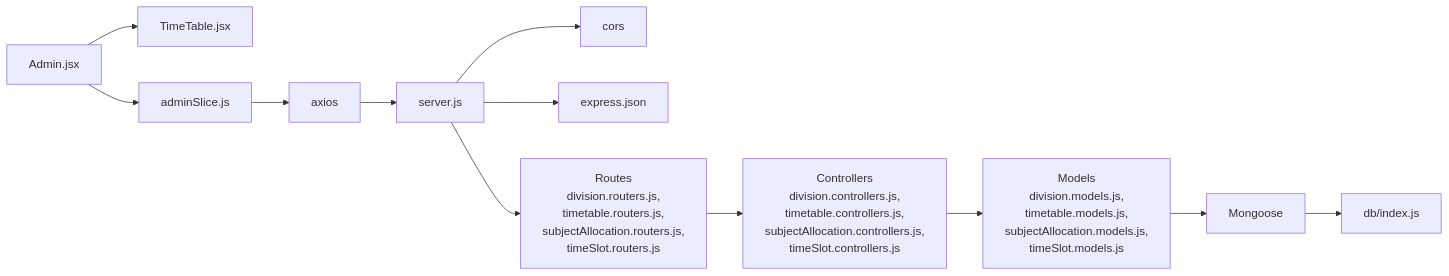
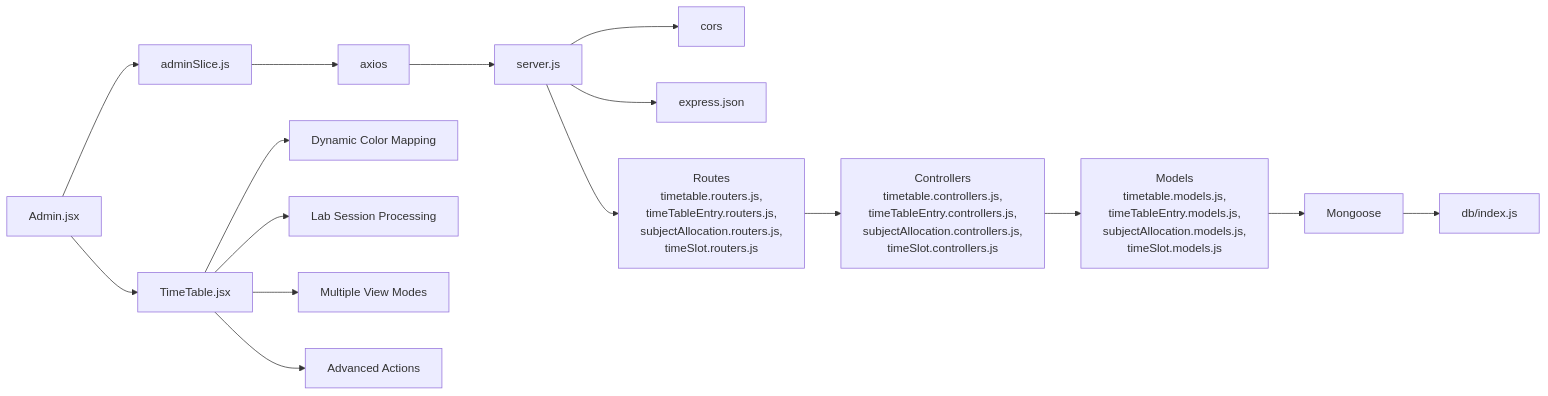
One commit to Aryan9060/Timetable-Project changed the tenth of 10 diagrams in .qoder/repowiki/en/content/Timetable Generation System/Timetable Generation System.md. Above: the diagram before and after it, drawn with Mermaid. The commit also changed other lines of this file and 7 other files, not shown here.

First line of the commit message:
feat(timetable): enhance data integration with real-time sync and caching

````diff
--- a/.qoder/repowiki/en/content/Timetable Generation System/Timetable Generation System.md
+++ b/.qoder/repowiki/en/content/Timetable Generation System/Timetable Generation System.md
@@ -559,14 +603,18 @@
 ```mermaid
 graph LR
 SRV["server.js"] --> CORS["cors"]
 SRV --> JSON["express.json"]
-SRV --> ROUTES["Routes<br/>division.routers.js,<br/>timetable.routers.js,<br/>subjectAllocation.routers.js,<br/>timeSlot.routers.js"]
-ROUTES --> CTRL["Controllers<br/>division.controllers.js,<br/>timetable.controllers.js,<br/>subjectAllocation.controllers.js,<br/>timeSlot.controllers.js"]
-CTRL --> MODELS["Models<br/>division.models.js,<br/>timetable.models.js,<br/>subjectAllocation.models.js,<br/>timeSlot.models.js"]
+SRV --> ROUTES["Routes<br/>timetable.routers.js,<br/>timeTableEntry.routers.js,<br/>subjectAllocation.routers.js,<br/>timeSlot.routers.js"]
+ROUTES --> CTRL["Controllers<br/>timetable.controllers.js,<br/>timeTableEntry.controllers.js,<br/>subjectAllocation.controllers.js,<br/>timeSlot.controllers.js"]
+CTRL --> MODELS["Models<br/>timetable.models.js,<br/>timeTableEntry.models.js,<br/>subjectAllocation.models.js,<br/>timeSlot.models.js"]
 MODELS --> MONGO["Mongoose"]
 MONGO --> DBIDX["db/index.js"]
 ADMIN["Admin.jsx"] --> TT["TimeTable.jsx"]
 ADMIN --> SLICE["adminSlice.js"]
 SLICE --> AX["axios"]
 AX --> SRV
+TT --> COLORS["Dynamic Color Mapping"]
+TT --> LABPROC["Lab Session Processing"]
+TT --> VIEWMODES["Multiple View Modes"]
+TT --> ACTIONS["Advanced Actions"]
 ```
````
